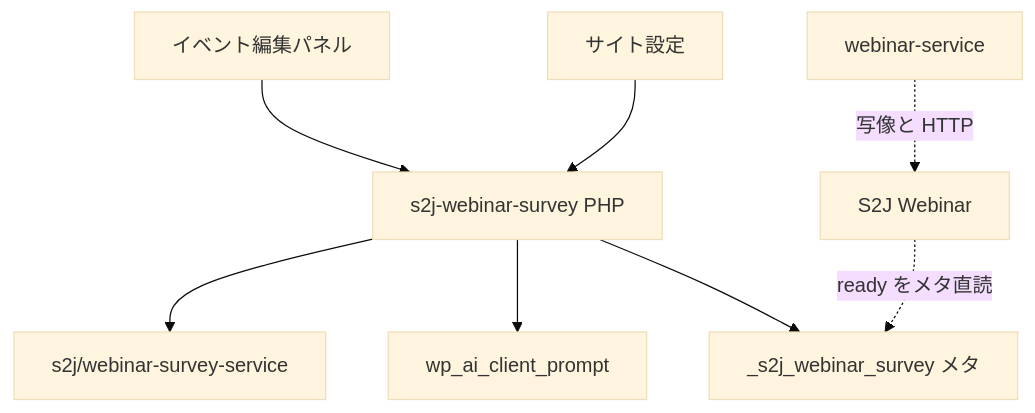
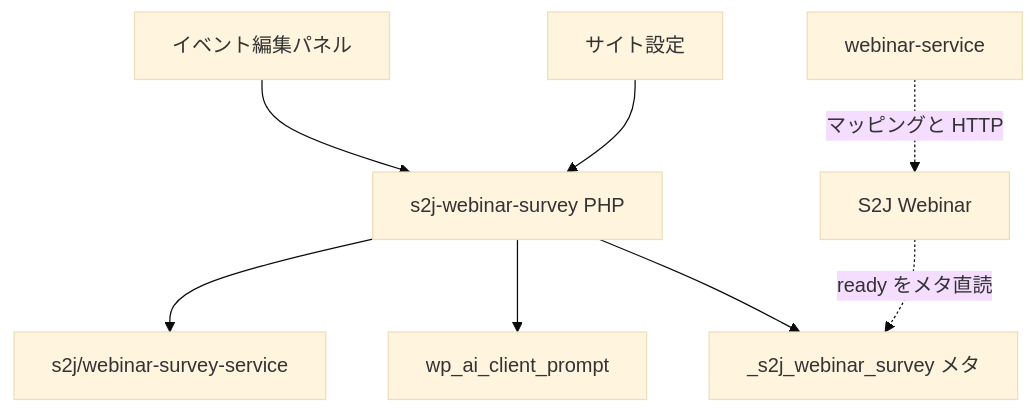
Before and after one commit to stein2nd/s2j-webinar-survey: the diagram in docs/architecture.md, drawn with Mermaid (base theme). The commit also changed other lines of this file and 11 other files, not shown here.

````diff
--- a/docs/architecture.md
+++ b/docs/architecture.md
@@ -22,10 +22,10 @@
 ```mermaid
 flowchart TD
   P["イベント編集パネル"] --> PHP["s2j-webinar-survey PHP"]
   S["サイト設定"] --> PHP
   PHP --> SVC["s2j/webinar-survey-service"]
   PHP --> AI["wp_ai_client_prompt"]
   PHP --> M["_s2j_webinar_survey メタ"]
   V["S2J Webinar"] -.->|"ready をメタ直読"| M
-  W["webinar-service"] -.->|"写像と HTTP"| V
+  W["webinar-service"] -.->|"マッピングと HTTP"| V
 ```
````
